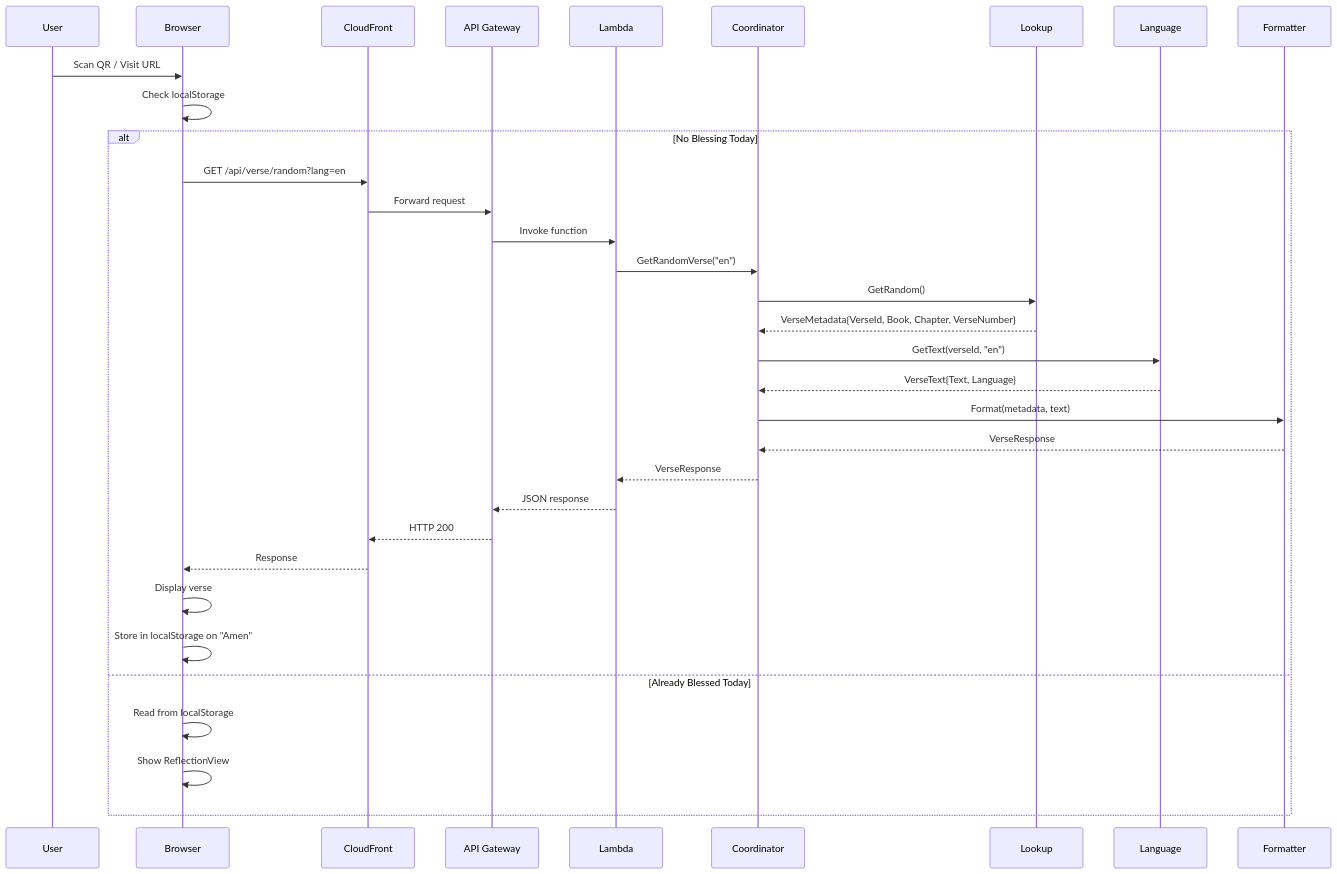
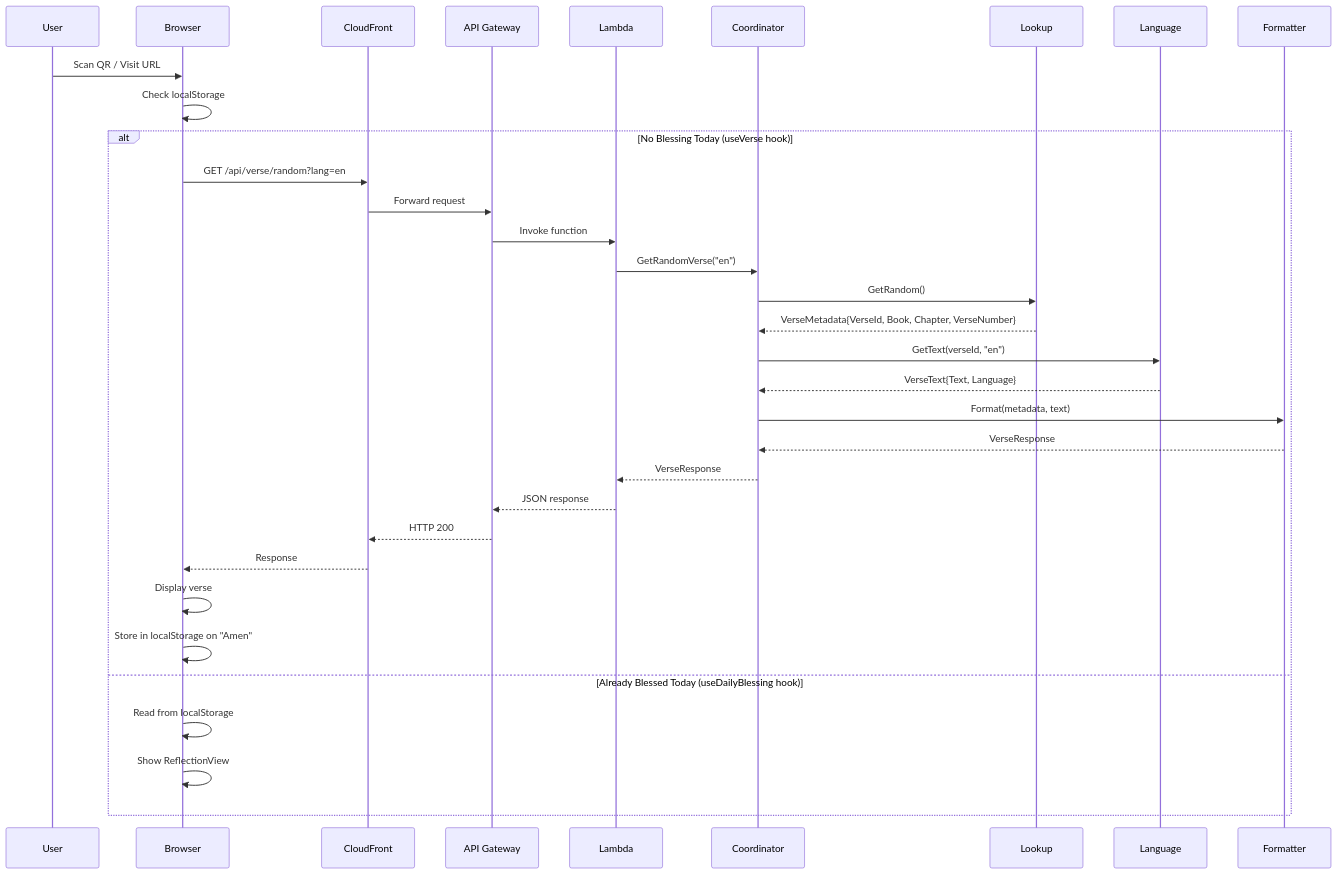
The first of 4 diagrams in docs/architecture/data-flow.md (eecfin-it/encourager), drawn with Mermaid before and after one commit. The commit also changed 22 other files, not shown here.

````diff
--- a/docs/architecture/data-flow.md
+++ b/docs/architecture/data-flow.md
@@ -5,36 +5,36 @@
 ```mermaid
 sequenceDiagram
     participant User
     participant Browser
     participant CloudFront
     participant API Gateway
     participant Lambda
     participant Coordinator
     participant Lookup
     participant Language
     participant Formatter
 
     User->>Browser: Scan QR / Visit URL
     Browser->>Browser: Check localStorage
-    alt No Blessing Today
+    alt No Blessing Today (useVerse hook)
         Browser->>CloudFront: GET /api/verse/random?lang=en
         CloudFront->>API Gateway: Forward request
         API Gateway->>Lambda: Invoke function
         Lambda->>Coordinator: GetRandomVerse("en")
         Coordinator->>Lookup: GetRandom()
         Lookup-->>Coordinator: VerseMetadata{VerseId, Book, Chapter, VerseNumber}
         Coordinator->>Language: GetText(verseId, "en")
         Language-->>Coordinator: VerseText{Text, Language}
         Coordinator->>Formatter: Format(metadata, text)
         Formatter-->>Coordinator: VerseResponse
         Coordinator-->>Lambda: VerseResponse
         Lambda-->>API Gateway: JSON response
         API Gateway-->>CloudFront: HTTP 200
         CloudFront-->>Browser: Response
         Browser->>Browser: Display verse
         Browser->>Browser: Store in localStorage on "Amen"
-    else Already Blessed Today
+    else Already Blessed Today (useDailyBlessing hook)
         Browser->>Browser: Read from localStorage
         Browser->>Browser: Show ReflectionView
     end
 ```
````
